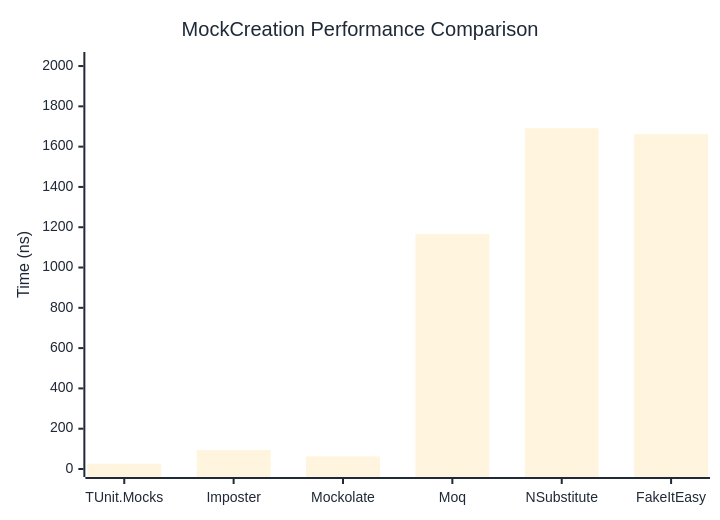
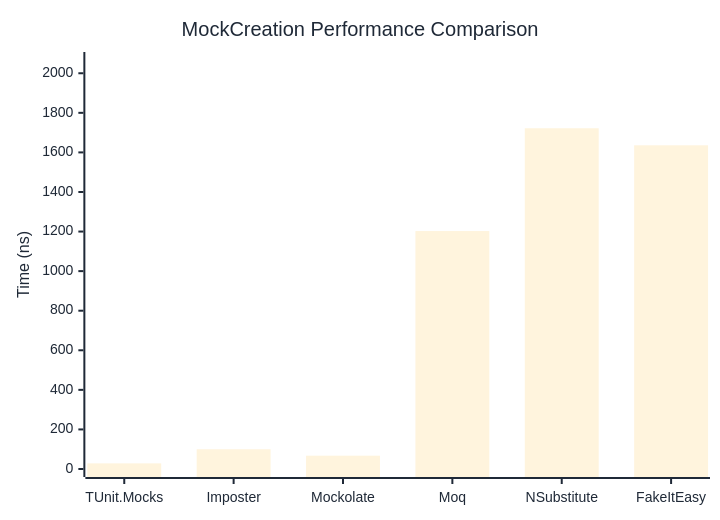
The first of 2 diagrams in docs/docs/benchmarks/mocks/MockCreation.md (thomhurst/TUnit), drawn with Mermaid before and after one commit. The commit also changed other lines of this file and 14 other files, not shown here.

````diff
--- a/docs/docs/benchmarks/mocks/MockCreation.md
+++ b/docs/docs/benchmarks/mocks/MockCreation.md
@@ -28,27 +28,27 @@
 ```mermaid
 %%{init: {
   'theme':'base',
   'themeVariables': {
     'primaryColor': '#2563eb',
     'primaryTextColor': '#1f2937',
     'primaryBorderColor': '#1e40af',
     'lineColor': '#6b7280',
     'secondaryColor': '#7c3aed',
     'tertiaryColor': '#dc2626',
     'background': '#ffffff',
     'pie1': '#2563eb',
     'pie2': '#7c3aed',
     'pie3': '#dc2626',
     'pie4': '#f59e0b',
     'pie5': '#10b981',
     'pie6': '#06b6d4',
     'pie7': '#ec4899',
     'pie8': '#6366f1'
   }
 }}%%
 xychart-beta
   title "MockCreation Performance Comparison"
   x-axis ["TUnit.Mocks", "Imposter", "Mockolate", "Moq", "NSubstitute", "FakeItEasy"]
-  y-axis "Time (ns)" 0 --> 2030
-  bar [26.21, 93.6, 62.5, 1166.83, 1691.38, 1662.16]
+  y-axis "Time (ns)" 0 --> 2067
+  bar [28.46, 99.82, 67.32, 1202.58, 1722.05, 1635.95]
 ```
````
